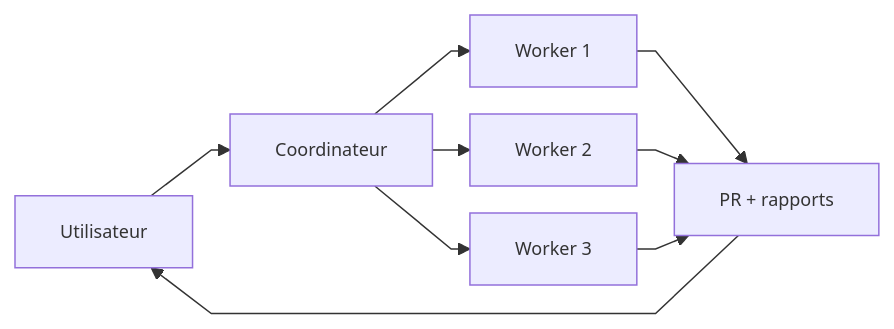
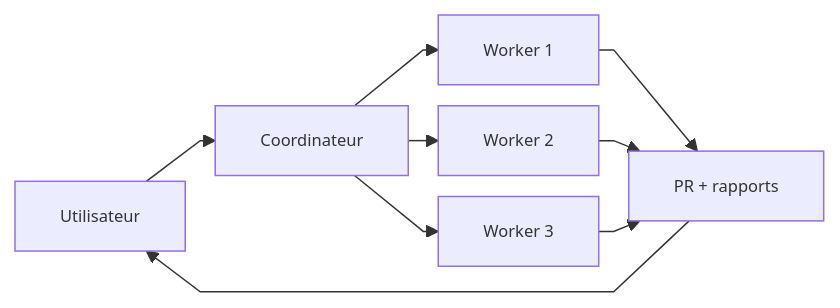
One commit to jsboige/CoursIA changed the eighth of 10 diagrams in slides/S3-acculturation/slides.md. Above: the diagram before and after it, drawn with Mermaid. The commit also changed other lines of this file and 1 other file, not shown here.

````diff
--- a/slides/S3-acculturation/slides.md
+++ b/slides/S3-acculturation/slides.md
@@ -2011,12 +2132,12 @@
 ```mermaid
-%%{init: {"flowchart": {"nodeSpacing": 18, "rankSpacing": 25, "curve": "linear"}, "themeVariables": {"fontSize": "12px"}}}%%
+%%{init: {"flowchart": {"nodeSpacing": 14, "rankSpacing": 20, "curve": "linear"}, "themeVariables": {"fontSize": "11px"}}}%%
 graph LR
     U[Utilisateur] --> C[Coordinateur]
     C --> W1[Worker 1]
     C --> W2[Worker 2]
     C --> W3[Worker 3]
     W1 --> R[PR + rapports]
     W2 --> R
     W3 --> R
     R --> U
 ```
````
